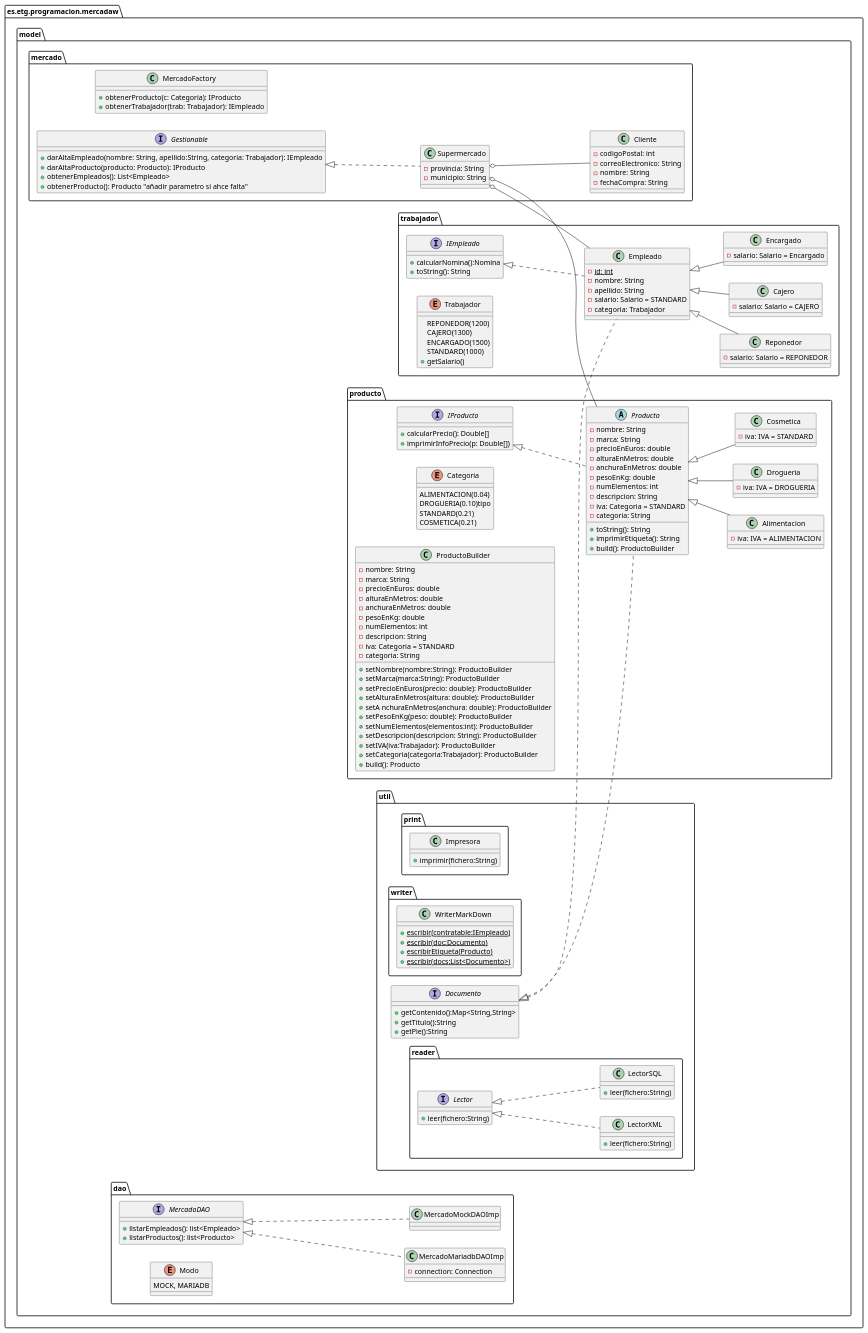
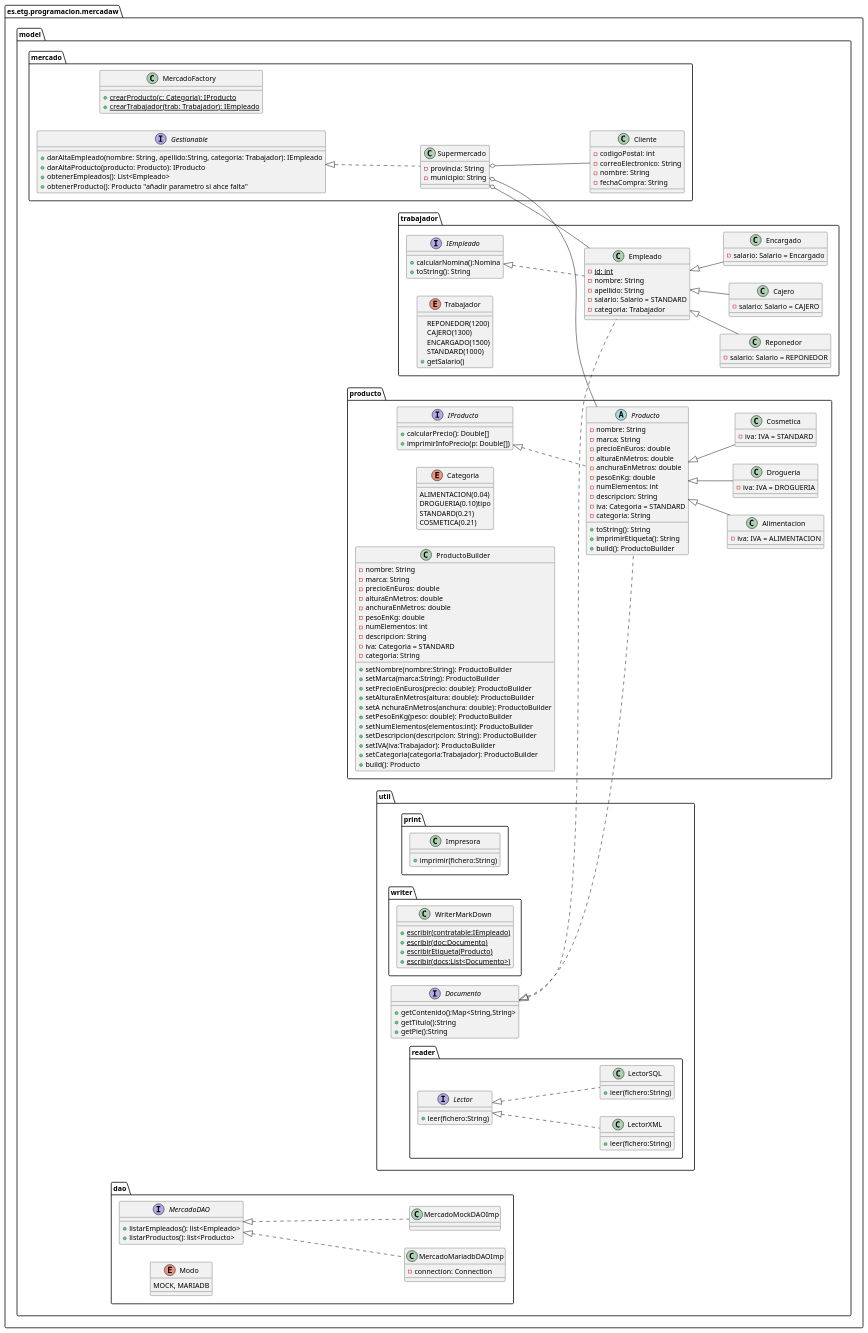
Before and after one commit to Edsonbs/MercaDAW: the first of 2 diagrams in design/DiagramaClases.pu, drawn with PlantUML.

Commit message:
añadir estatico

```diff
--- a/design/DiagramaClases.pu
+++ b/design/DiagramaClases.pu
@@ -1,198 +1,198 @@
 @startuml Diagrama clases Mercado
 set separator none
 left to right direction
 package es.etg.programacion.mercadaw{
     package model{
         package mercado{
             class Supermercado{
                     -provincia: String
                     -municipio: String
             }       
 
             
             class Cliente{
                 -codigoPostal: int
                 -correoElectronico: String
                 -nombre: String
                 -fechaCompra: String
             }
             
             
             class MercadoFactory{
-                +obtenerProducto(c: Categoria): IProducto
-                +obtenerTrabajador(trab: Trabajador): IEmpleado
+                +{static}crearProducto(c: Categoria): IProducto
+                +{static}crearTrabajador(trab: Trabajador): IEmpleado
             }
             interface Gestionable{
                 +darAltaEmpleado(nombre: String, apellido:String, categoria: Trabajador): IEmpleado
                 +darAltaProducto(producto: Producto): IProducto
                 +obtenerEmpleados(): List<Empleado>
                 +obtenerProducto(): Producto "añadir parametro si ahce falta"
 
             }
         }
         package producto{
             abstract Producto{
                 -nombre: String
                 -marca: String
                 -precioEnEuros: double
                 -alturaEnMetros: double
                 -anchuraEnMetros: double
                 -pesoEnKg: double
                 -numElementos: int
                 -descripcion: String
                 -iva: Categoria = STANDARD
                 -categoria: String
                 +toString(): String
                 +imprimirEtiqueta(): String
                 +build(): ProductoBuilder
             }
 
             interface IProducto{
                 +calcularPrecio(): Double[]
                 +imprimirInfoPrecio(p: Double[])
             }
                 
             class Alimentacion{
                 -iva: IVA = ALIMENTACION
             }
             class Drogueria{
                 -iva: IVA = DROGUERIA
             }
 
             class Cosmetica{
                 -iva: IVA = STANDARD
             }
             enum Categoria{
                 ALIMENTACION(0.04)
                 DROGUERIA(0.10)tipo
                 STANDARD(0.21)
                 COSMETICA(0.21)
 
             }
             class ProductoBuilder{
                 -nombre: String
                 -marca: String
                 -precioEnEuros: double
                 -alturaEnMetros: double
                 -anchuraEnMetros: double
                 -pesoEnKg: double
                 -numElementos: int
                 -descripcion: String
                 -iva: Categoria = STANDARD
                 -categoria: String
                 +setNombre(nombre:String): ProductoBuilder
                 +setMarca(marca:String): ProductoBuilder
                 +setPrecioEnEuros(precio: double): ProductoBuilder
                 +setAlturaEnMetros(altura: double): ProductoBuilder
                 +setA nchuraEnMetros(anchura: double): ProductoBuilder
                 +setPesoEnKg(peso: double): ProductoBuilder
                 +setNumElementos(elementos:int): ProductoBuilder
                 +setDescripcion(descripcion: String): ProductoBuilder
                 +setIVA(iva:Trabajador): ProductoBuilder
                 +setCategoria(categoria:Trabajador): ProductoBuilder
                 +build(): Producto
             }
         }
         package trabajador{
             class Empleado{
                 -{static} id: int
                 -nombre: String
                 -apellido: String
                 -salario: Salario = STANDARD
                 -categoria: Trabajador
             }
             class Reponedor{
                 -salario: Salario = REPONEDOR
             }
             class Cajero{
                 -salario: Salario = CAJERO
             }
             class Encargado{
                 -salario: Salario = Encargado
             }
 
             interface IEmpleado{
                 +calcularNomina():Nomina
                 +toString(): String
             }
             enum Trabajador {
                 REPONEDOR(1200)
                 CAJERO(1300)
                 ENCARGADO(1500)
                 STANDARD(1000)
                 +getSalario()
             }
             }
         
         package util{
             interface Documento{
                 +getContenido():Map<String,String>
                 +getTitulo():String
                 +getPie():String
             }
         package print{
             class Impresora{
                 +imprimir(fichero:String)
             }
             }
         package writer{
             class WriterMarkDown{
                 +{static}escribir(contratable:IEmpleado)
                 +{static}escribir(doc:Documento)
                 +{static}escribirEtiqueta(Producto)
                 +{static}escribir(docs:List<Documento>)
                 }
             }
         package reader{
             interface Lector{
                 +leer(fichero:String)
             }
             class LectorXML{
                 +leer(fichero:String)
             }
             class LectorSQL{
                 +leer(fichero:String)
             }
                 Lector <|.. LectorXML
                 Lector <|.. LectorSQL
             }
         Documento <|.. Producto
         Documento <|.. Empleado
         }
         package dao{
             interface MercadoDAO{
                 +listarEmpleados(): list<Empleado>
                 +listarProductos(): list<Producto>
 
             }
             class MercadoMariadbDAOImp{
                 -connection: Connection
             }
             class MercadoMockDAOImp{
 
             }
             enum Modo{
                 MOCK, MARIADB
             }
         
         MercadoDAO <|.. MercadoMariadbDAOImp
         MercadoDAO <|.. MercadoMockDAOImp
         }   
     }
 } 
 
 Supermercado o-- Producto
 Supermercado o-- Empleado
 Supermercado o-- Cliente
 IProducto <|.. Producto
 Producto <|-- Alimentacion
 Producto <|-- Drogueria
 Producto <|-- Cosmetica
 Empleado <|-- Reponedor
 Empleado <|-- Cajero
 Empleado <|-- Encargado
 Gestionable <|.. Supermercado
 IEmpleado <|.. Empleado
 
 
 @enduml
```
